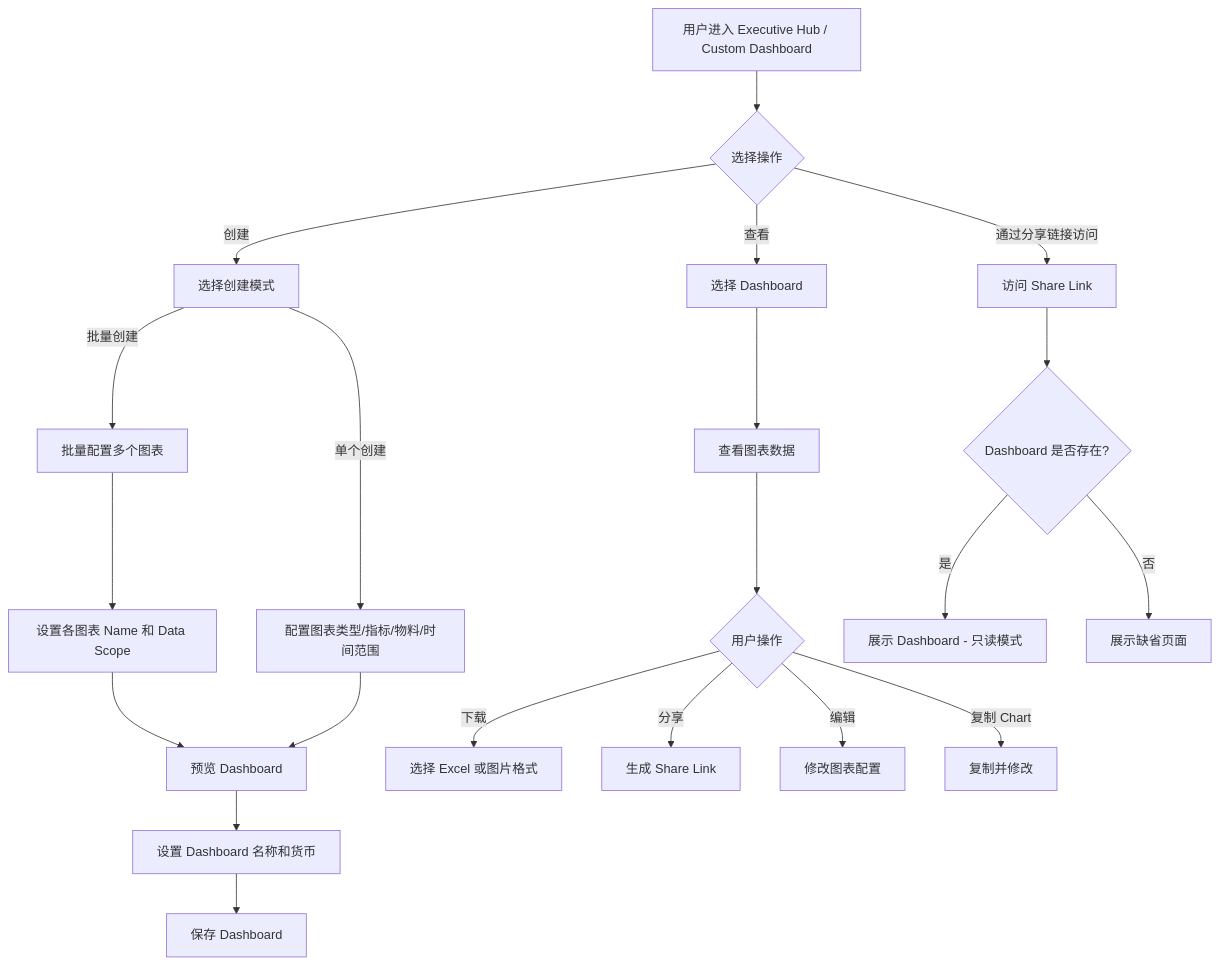
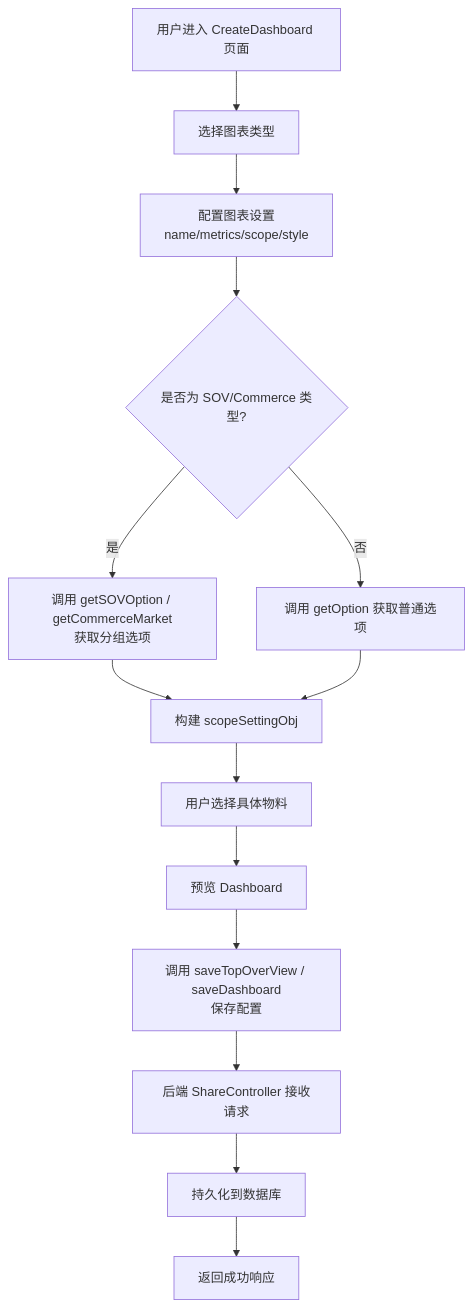
The first of 6 diagrams in output/00-architecture.md (suoweiwei-pacvue/document-automation), drawn with Mermaid before and after one commit. The commit also changed other lines of this file and 55 other files, not shown here.

````diff
--- a/output/00-architecture.md
+++ b/output/00-architecture.md
@@ -195,25 +271,16 @@
 ```mermaid
 flowchart TD
-    A[用户进入 Executive Hub / Custom Dashboard] --> B{选择操作}
-    B -->|创建| C[选择创建模式]
-    C -->|单个创建| D[配置图表类型/指标/物料/时间范围]
-    C -->|批量创建| E[批量配置多个图表]
-    E --> F[设置各图表 Name 和 Data Scope]
-    F --> G[预览 Dashboard]
-    D --> G
-    G --> H[设置 Dashboard 名称和货币]
-    H --> I[保存 Dashboard]
-
-    B -->|查看| J[选择 Dashboard]
-    J --> K[查看图表数据]
-    K --> L{用户操作}
-    L -->|下载| M[选择 Excel 或图片格式]
-    L -->|分享| N[生成 Share Link]
-    L -->|编辑| O[修改图表配置]
-    L -->|复制 Chart| P[复制并修改]
-
-    B -->|通过分享链接访问| Q[访问 Share Link]
-    Q --> R{Dashboard 是否存在?}
-    R -->|是| S[展示 Dashboard - 只读模式]
-    R -->|否| T[展示缺省页面]
+    A[用户进入 CreateDashboard 页面] --> B[选择图表类型]
+    B --> C[配置图表设置<br/>name/metrics/scope/style]
+    C --> D{是否为 SOV/Commerce 类型?}
+    D -->|是| E[调用 getSOVOption / getCommerceMarket<br/>获取分组选项]
+    D -->|否| F[调用 getOption 获取普通选项]
+    E --> G[构建 scopeSettingObj]
+    F --> G
+    G --> H[用户选择具体物料]
+    H --> I[预览 Dashboard]
+    I --> J[调用 saveTopOverView / saveDashboard<br/>保存配置]
+    J --> K[后端 ShareController 接收请求]
+    K --> L[持久化到数据库]
+    L --> M[返回成功响应]
 ```
````
